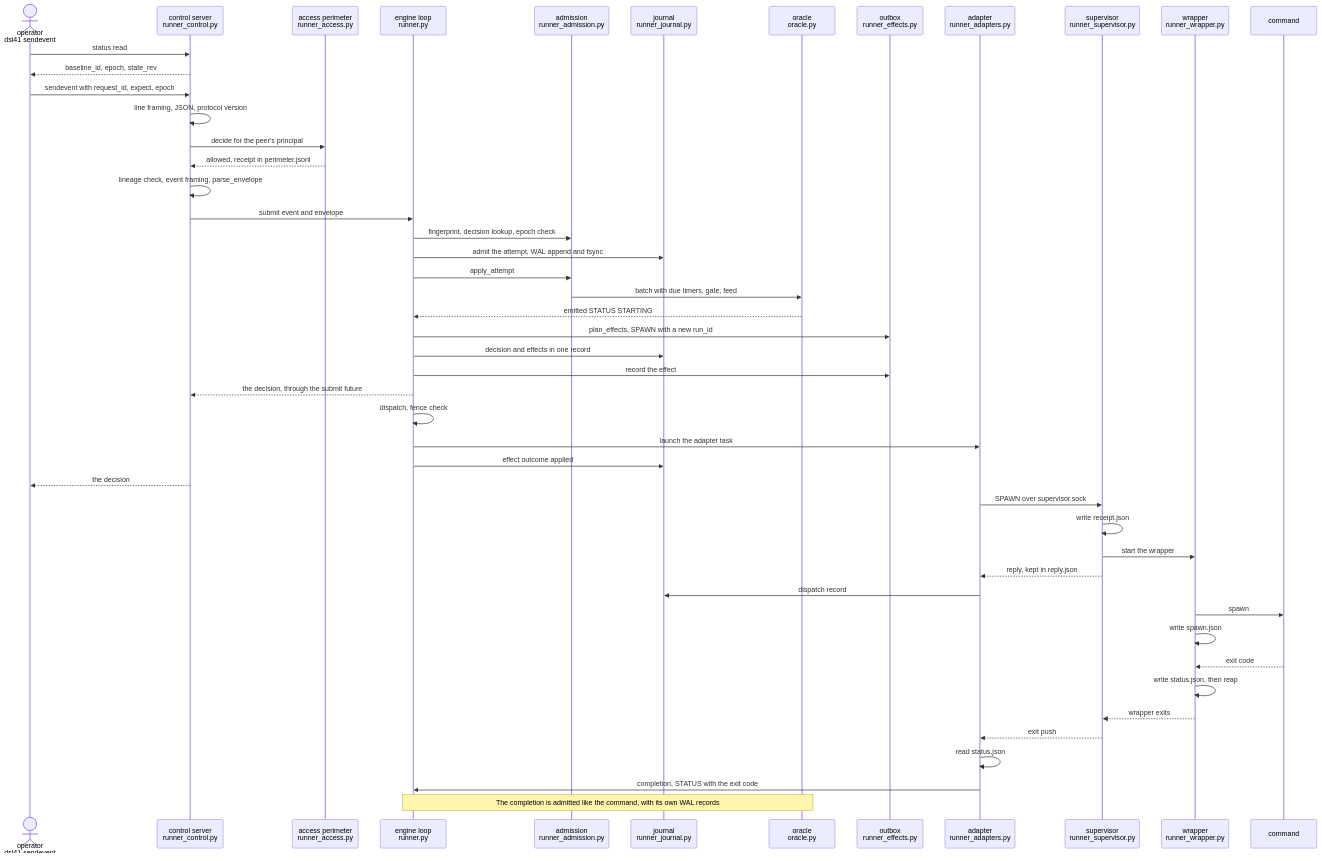
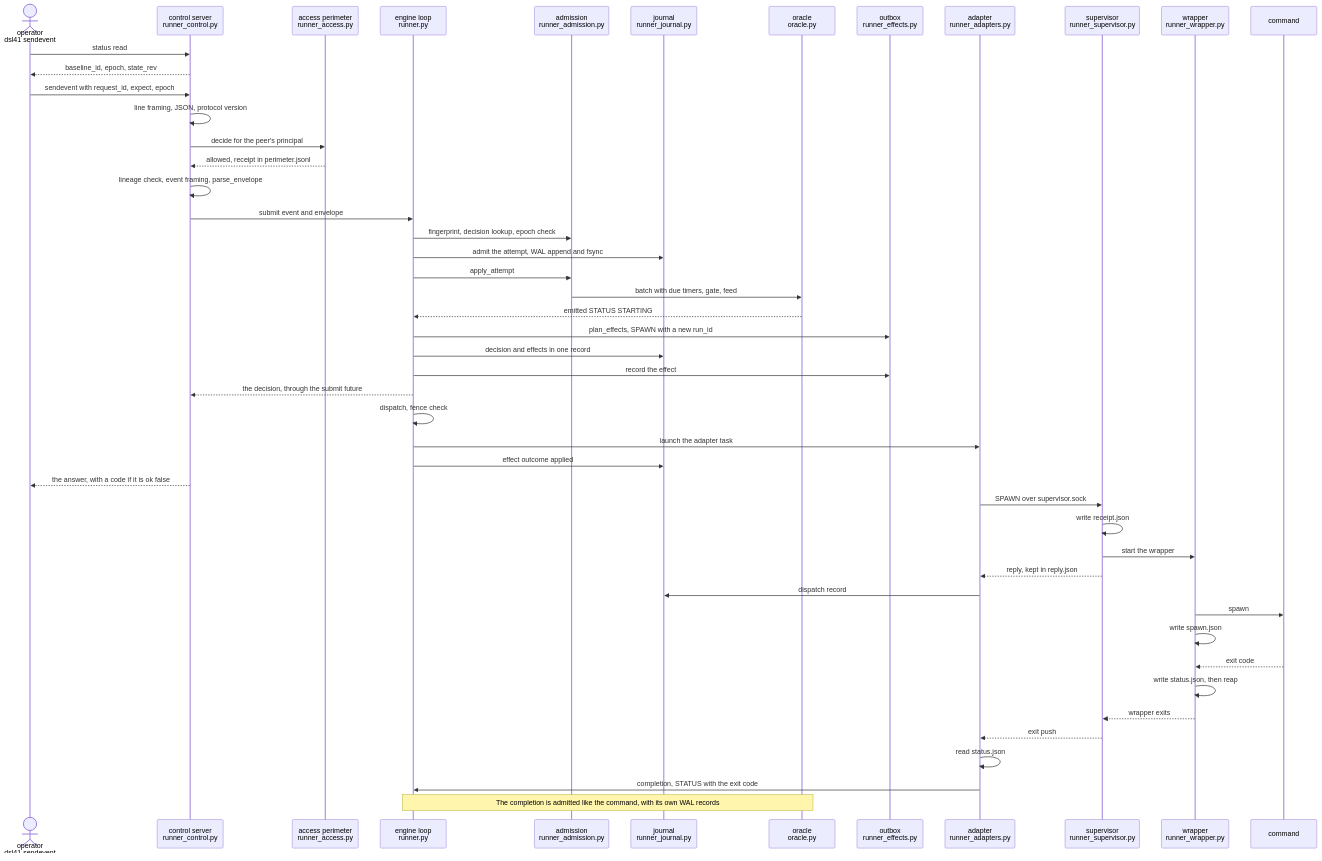
Before and after one commit to mrbald/dsl41: the fourth of 4 diagrams in docs/architecture.md, drawn with Mermaid. The commit also changed other lines of this file and 10 other files, not shown here.

````diff
--- a/docs/architecture.md
+++ b/docs/architecture.md
@@ -228,50 +241,50 @@
 ```mermaid
 sequenceDiagram
   actor Op as operator<br/>dsl41 sendevent
   participant Ctl as control server<br/>runner_control.py
   participant Acc as access perimeter<br/>runner_access.py
   participant Eng as engine loop<br/>runner.py
   participant Adm as admission<br/>runner_admission.py
   participant Jr as journal<br/>runner_journal.py
   participant Orc as oracle<br/>oracle.py
   participant Ob as outbox<br/>runner_effects.py
   participant Ad as adapter<br/>runner_adapters.py
   participant Sup as supervisor<br/>runner_supervisor.py
   participant Wr as wrapper<br/>runner_wrapper.py
   participant Cmd as command
   Op->>Ctl: status read
   Ctl-->>Op: baseline_id, epoch, state_rev
   Op->>Ctl: sendevent with request_id, expect, epoch
   Ctl->>Ctl: line framing, JSON, protocol version
   Ctl->>Acc: decide for the peer's principal
   Acc-->>Ctl: allowed, receipt in perimeter.jsonl
   Ctl->>Ctl: lineage check, event framing, parse_envelope
   Ctl->>Eng: submit event and envelope
   Eng->>Adm: fingerprint, decision lookup, epoch check
   Eng->>Jr: admit the attempt, WAL append and fsync
   Eng->>Adm: apply_attempt
   Adm->>Orc: batch with due timers, gate, feed
   Orc-->>Eng: emitted STATUS STARTING
   Eng->>Ob: plan_effects, SPAWN with a new run_id
   Eng->>Jr: decision and effects in one record
   Eng->>Ob: record the effect
   Eng-->>Ctl: the decision, through the submit future
   Eng->>Eng: dispatch, fence check
   Eng->>Ad: launch the adapter task
   Eng->>Jr: effect outcome applied
-  Ctl-->>Op: the decision
+  Ctl-->>Op: the answer, with a code if it is ok false
   Ad->>Sup: SPAWN over supervisor.sock
   Sup->>Sup: write receipt.json
   Sup->>Wr: start the wrapper
   Sup-->>Ad: reply, kept in reply.json
   Ad->>Jr: dispatch record
   Wr->>Cmd: spawn
   Wr->>Wr: write spawn.json
   Cmd-->>Wr: exit code
   Wr->>Wr: write status.json, then reap
   Wr-->>Sup: wrapper exits
   Sup-->>Ad: exit push
   Ad->>Ad: read status.json
   Ad->>Eng: completion, STATUS with the exit code
   Note over Eng,Orc: The completion is admitted like the command, with its own WAL records
 ```
````
